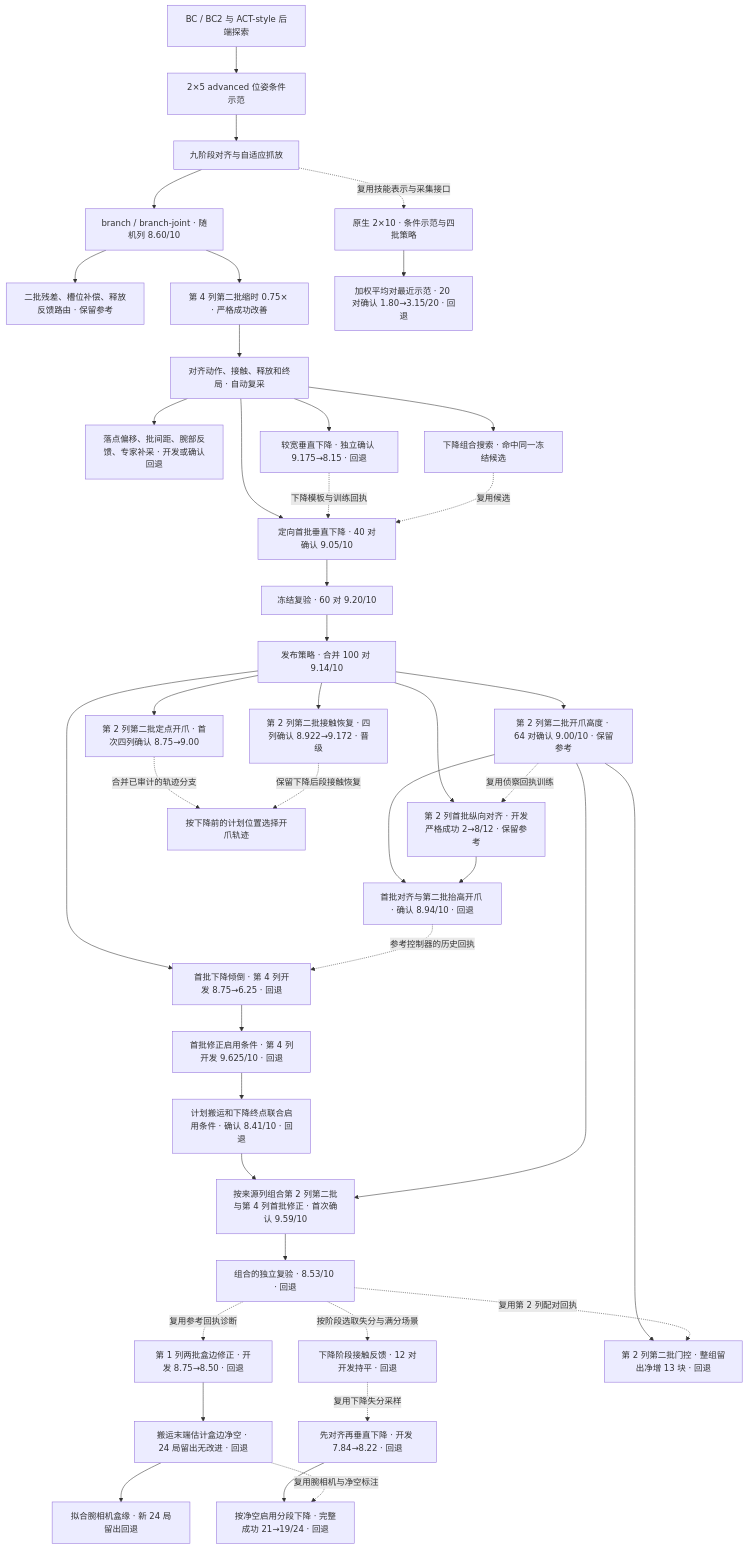
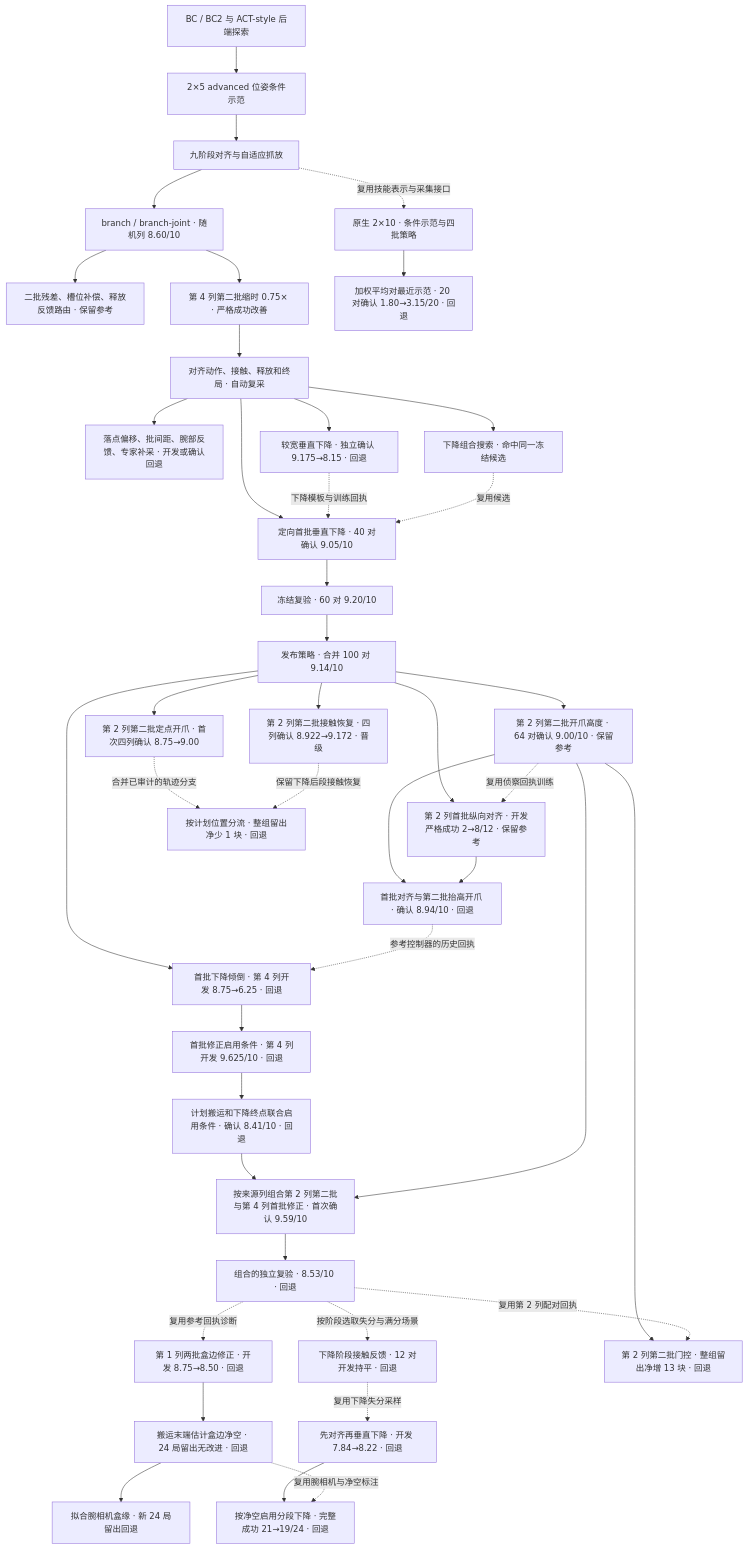
Before and after one commit to haiyouxiaji/a3-agent-optimizer: the second of 2 diagrams in docs/A3_EXPERIMENT_TREE.md, drawn with Mermaid. The commit also changed other lines of this file and 9 other files, not shown here.

````diff
--- a/docs/A3_EXPERIMENT_TREE.md
+++ b/docs/A3_EXPERIMENT_TREE.md
@@ -19,44 +19,44 @@
 ```mermaid
 flowchart TD
     BC["BC / BC2 与 ACT-style 后端探索"] --> ADV["2×5 advanced 位姿条件示范"]
     ADV --> PH["九阶段对齐与自适应抓放"]
     PH --> BJ["branch / branch-joint · 随机列 8.60/10"]
     BJ --> REL["二批残差、槽位补偿、释放反馈路由 · 保留参考"]
     BJ --> TIM["第 4 列第二批缩时 0.75× · 严格成功改善"]
     TIM --> DIAG["对齐动作、接触、释放和终局 · 自动复采"]
     DIAG --> OFF["落点偏移、批间距、腕部反馈、专家补采 · 开发或确认回退"]
     DIAG --> WIDE["较宽垂直下降 · 独立确认 9.175→8.15 · 回退"]
     DIAG --> FOCUS["定向首批垂直下降 · 40 对确认 9.05/10"]
     WIDE -.->|下降模板与训练回执| FOCUS
     DIAG --> DUP["下降组合搜索 · 命中同一冻结候选"]
     DUP -.->|复用候选| FOCUS
     FOCUS --> REP["冻结复验 · 60 对 9.20/10"]
     REP --> BEST["发布策略 · 合并 100 对 9.14/10"]
     BEST --> HOVER["第 2 列第二批开爪高度 · 64 对确认 9.00/10 · 保留参考"]
     BEST --> ROW["第 2 列首批纵向对齐 · 开发严格成功 2→8/12 · 保留参考"]
     HOVER -.->|复用侦察回执训练| ROW
     HOVER --> COMPOSE["首批对齐与第二批抬高开爪 · 确认 8.94/10 · 回退"]
     ROW --> COMPOSE
     BEST --> FIRSTHOVER["首批下降倾倒 · 第 4 列开发 8.75→6.25 · 回退"]
     COMPOSE -.->|参考控制器的历史回执| FIRSTHOVER
     FIRSTHOVER --> GUARD["首批修正启用条件 · 第 4 列开发 9.625/10 · 回退"]
     GUARD --> PROJECT["计划搬运和下降终点联合启用条件 · 确认 8.41/10 · 回退"]
     PROJECT --> ROUTED["按来源列组合第 2 列第二批与第 4 列首批修正 · 首次确认 9.59/10"]
     HOVER --> ROUTED
     ROUTED --> ROUTEDREP["组合的独立复验 · 8.53/10 · 回退"]
     ROUTEDREP -.->|复用参考回执诊断| WALL["第 1 列两批盒边修正 · 开发 8.75→8.50 · 回退"]
     WALL --> SENSE["搬运末端估计盒边净空 · 24 局留出无改进 · 回退"]
     SENSE --> EDGES["拟合腕相机盒缘 · 新 24 局留出回退"]
     ROUTEDREP -.->|按阶段选取失分与满分场景| FORCE["下降阶段接触反馈 · 12 对开发持平 · 回退"]
     HOVER --> LATE["第 2 列第二批门控 · 整组留出净增 13 块 · 回退"]
     ROUTEDREP -.->|复用第 2 列配对回执| LATE
     FORCE -.->|复用下降失分采样| STAGED["先对齐再垂直下降 · 开发 7.84→8.22 · 回退"]
     STAGED --> STAGEDGATE["按净空启用分段下降 · 完整成功 21→19/24 · 回退"]
     SENSE -.->|复用腕相机与净空标注| STAGEDGATE
     BEST --> HOLD["第 2 列第二批定点开爪 · 首次四列确认 8.75→9.00"]
     BEST --> RECOVERY["第 2 列第二批接触恢复 · 四列确认 8.922→9.172 · 晋级"]
-    HOLD -.->|合并已审计的轨迹分支| RELEASEGATE["按下降前的计划位置选择开爪轨迹"]
+    HOLD -.->|合并已审计的轨迹分支| RELEASEGATE["按计划位置分流 · 整组留出净少 1 块 · 回退"]
     RECOVERY -.->|保留下降后段接触恢复| RELEASEGATE
     PH -.->|复用技能表示与采集接口| TEN["原生 2×10 · 条件示范与四批策略"]
     TEN --> TR["加权平均对最近示范 · 20 对确认 1.80→3.15/20 · 回退"]
 ```
````
